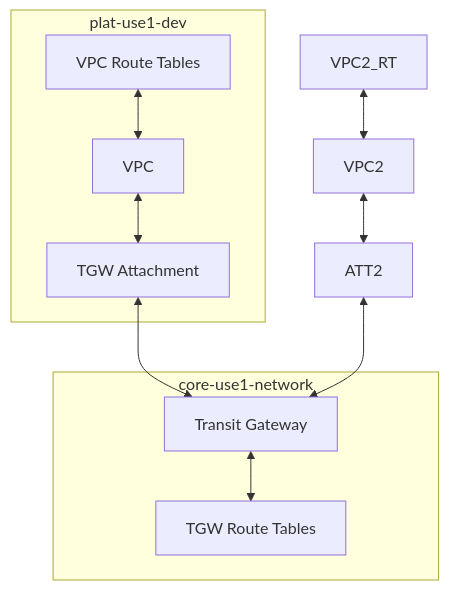
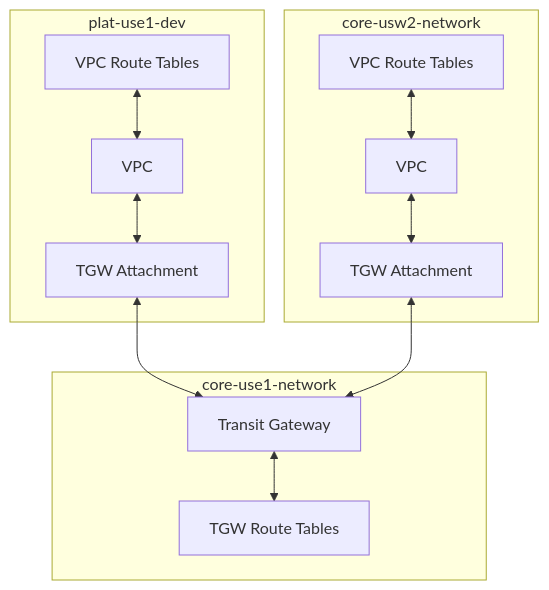
The diagram in README.md (cloudposse-terraform-components/aws-tgw-hub), drawn with Mermaid before and after one commit. The commit also changed 1 other file, not shown here.

````diff
--- a/README.md
+++ b/README.md
@@ -145,21 +145,27 @@
 ```mermaid
 graph TD
     subgraph core-use1-network
         TGW[Transit Gateway]
         TGW_RT[TGW Route Tables]
     end
 
     subgraph plat-use1-dev
         VPC1[VPC]
         VPC1_RT[VPC Route Tables]
         ATT1[TGW Attachment]
     end
 
+    subgraph core-usw2-network
+        VPC2[VPC]
+        VPC2_RT[VPC Route Tables]
+        ATT2[TGW Attachment]
+    end
+
     ATT1 <--> TGW
     ATT2 <--> TGW
     TGW <--> TGW_RT
     VPC1_RT <--> VPC1
     VPC2_RT <--> VPC2
     VPC1 <--> ATT1
     VPC2 <--> ATT2
 ```
````
